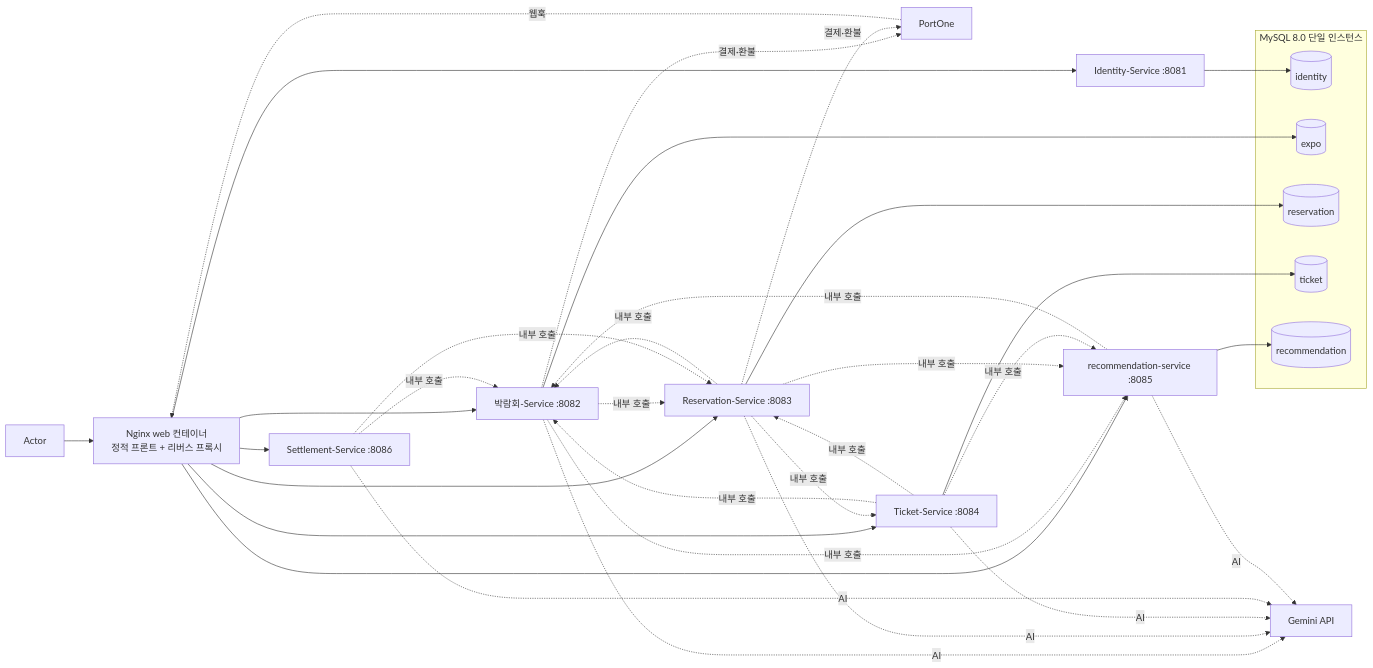
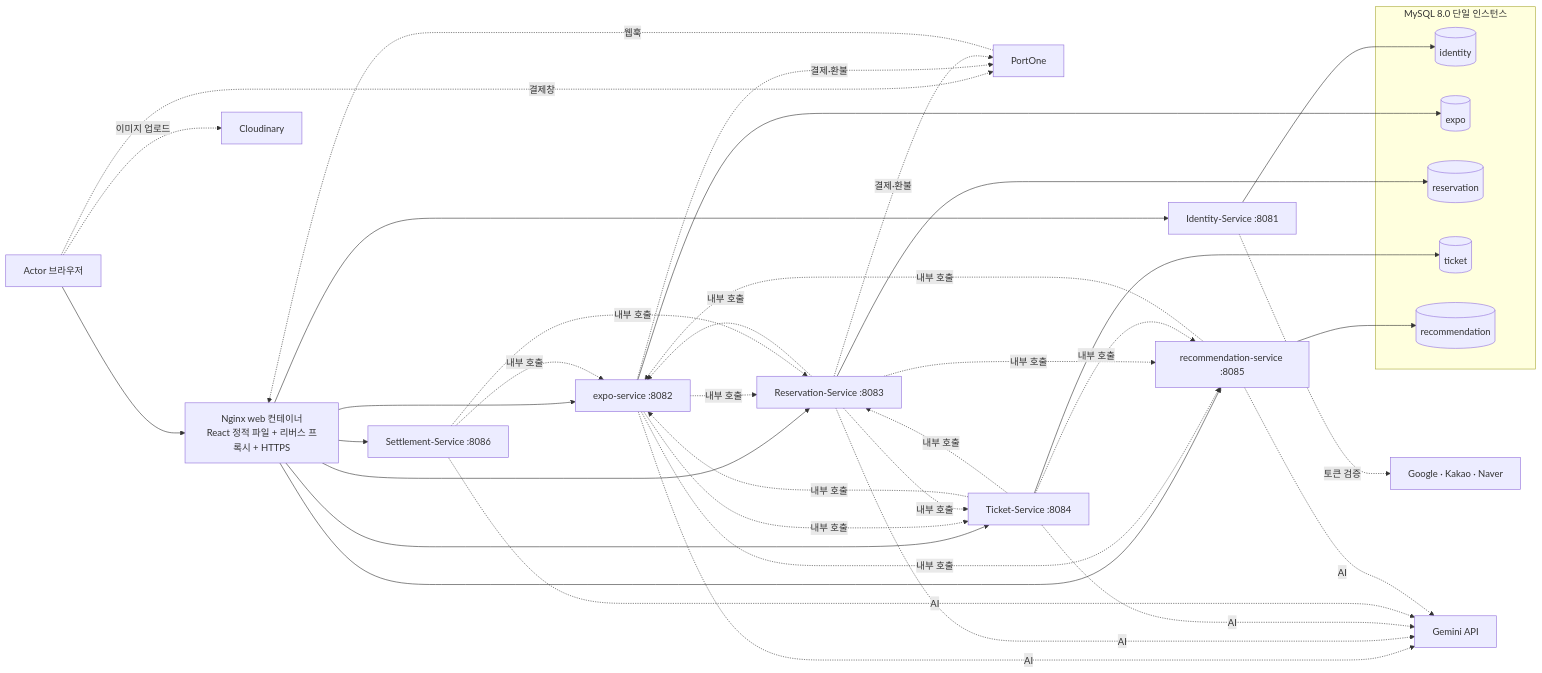
Before and after one commit to KJB-TA/Final-Project-Team1: the diagram in docs/아키텍처.md, drawn with Mermaid. The commit also changed other lines of this file and 3 other files, not shown here.

````diff
--- a/docs/아키텍처.md
+++ b/docs/아키텍처.md
@@ -5,45 +7,49 @@
 ```mermaid
 flowchart LR
-    U[Actor] --> NX[Nginx web 컨테이너<br/>정적 프론트 + 리버스 프록시]
+    U[Actor 브라우저] --> NX[Nginx web 컨테이너<br/>React 정적 파일 + 리버스 프록시 + HTTPS]
     PG[PortOne] -.웹훅.-> NX
+    U -.이미지 업로드.-> CL[Cloudinary]
+    U -.결제창.-> PG
     NX --> ID[Identity-Service :8081]
-    NX --> EX[박람회-Service :8082]
+    NX --> EX[expo-service :8082]
     NX --> RS[Reservation-Service :8083]
     NX --> TK[Ticket-Service :8084]
     NX --> REC[recommendation-service :8085]
     NX --> ST[Settlement-Service :8086]
 
     subgraph MYSQL[MySQL 8.0 단일 인스턴스]
         IDB[(identity)]
         EDB[(expo)]
         RDB[(reservation)]
         TDB[(ticket)]
         RECDB[(recommendation)]
     end
 
     ID --> IDB
     EX --> EDB
     RS --> RDB
     TK --> TDB
     REC --> RECDB
 
     EX -.내부 호출.-> RS
+    EX -.내부 호출.-> TK
     EX -.내부 호출.-> REC
     RS -.내부 호출.-> EX
     RS -.내부 호출.-> TK
     RS -.내부 호출.-> REC
     TK -.내부 호출.-> EX
     TK -.내부 호출.-> RS
     TK -.내부 호출.-> REC
     ST -.내부 호출.-> RS
     ST -.내부 호출.-> EX
     REC -.내부 호출.-> EX
 
+    ID -.토큰 검증.-> SOC[Google · Kakao · Naver]
     EX -.결제·환불.-> PG
     RS -.결제·환불.-> PG
     EX -.AI.-> GM[Gemini API]
     RS -.AI.-> GM
     TK -.AI.-> GM
     ST -.AI.-> GM
     REC -.AI.-> GM
 ```
````
